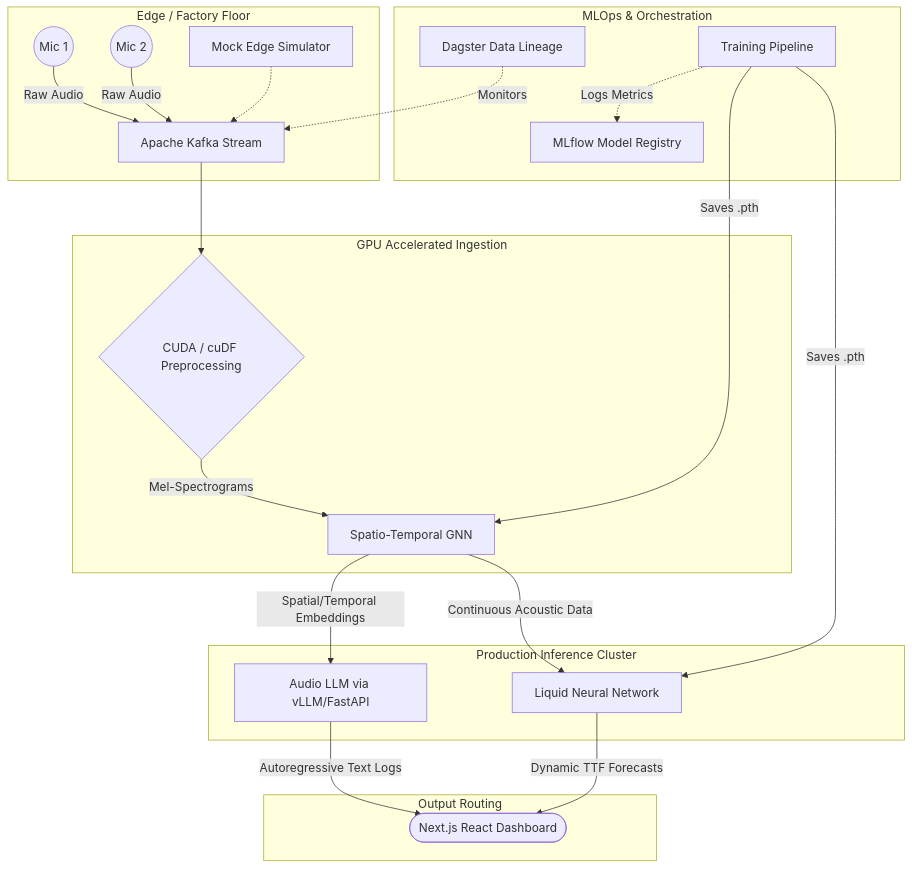
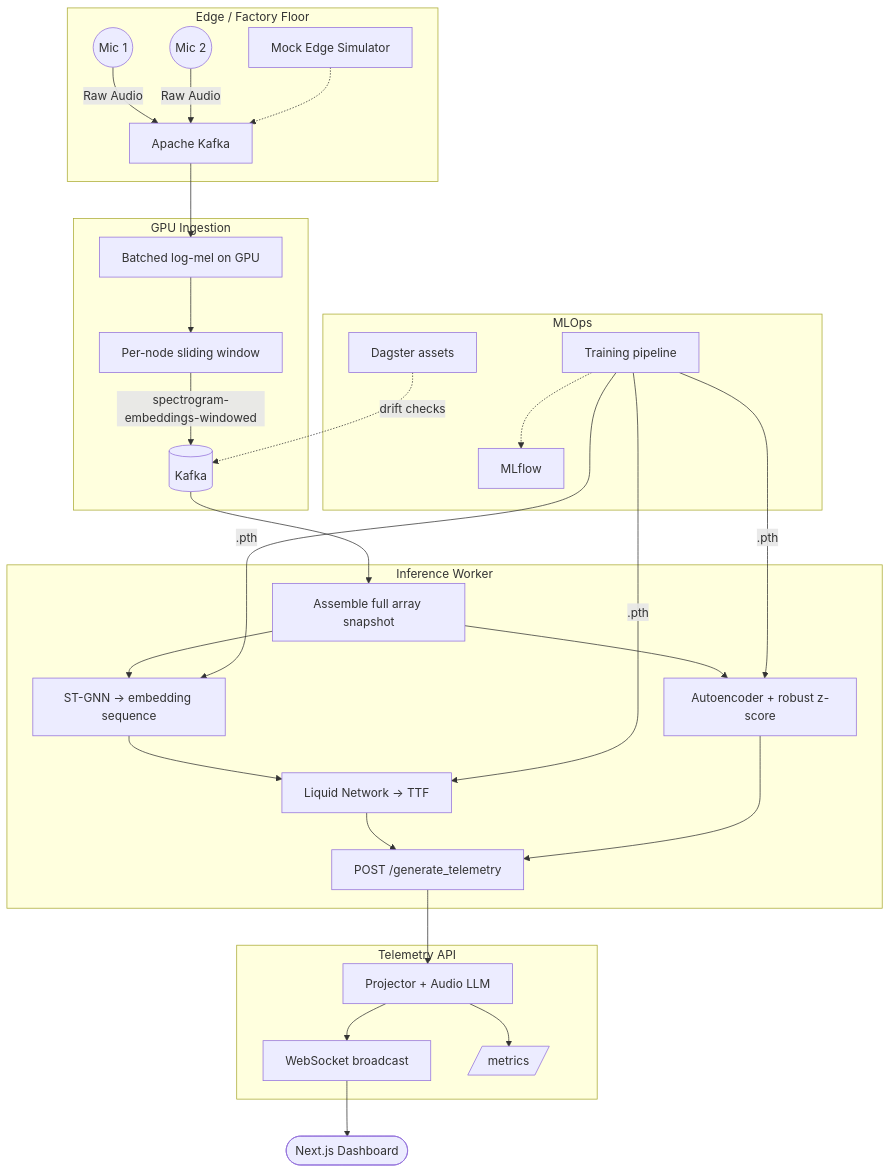
Before and after one commit to smparc/murmur: the diagram in README.md, drawn with Mermaid. The commit also changed other lines of this file, not shown here.

Commit message:
Refactor README.md for clarity and organization: update project description, enhance architecture diagram, and improve installation instructions

````diff
--- a/README.md
+++ b/README.md
@@ -24,34 +20,39 @@
 ```mermaid
 graph TD
-    subgraph Edge / Factory Floor
-        M1((Mic 1)) --> |Raw Audio| K[Apache Kafka Stream]
-        M2((Mic 2)) --> |Raw Audio| K
-        Sim[Mock Edge Simulator] -.-> K
-    end
+    subgraph Edge["Edge / Factory Floor"]
+        M1((Mic 1)) -->|Raw Audio| K[Apache Kafka]
+        M2((Mic 2)) -->|Raw Audio| K
+        Sim[Mock Edge Simulator] -.-> K
+    end
 
+    subgraph Ingest["GPU Ingestion"]
+        K --> C[Batched log-mel on GPU]
+        C --> W[Per-node sliding window]
+        W -->|spectrogram-embeddings-windowed| KT[(Kafka)]
+    end
 
-    subgraph GPU Accelerated Ingestion
-        K --> C{CUDA / cuDF Preprocessing}
-        C --> |Mel-Spectrograms| ST[Spatio-Temporal GNN]
-    end
+    subgraph Worker["Inference Worker"]
+        KT --> A[Assemble full array snapshot]
+        A --> ST[ST-GNN → embedding sequence]
+        ST --> LNN[Liquid Network → TTF]
+        A --> AD[Autoencoder + robust z-score]
+        LNN --> POST[POST /generate_telemetry]
+        AD --> POST
+    end
 
+    subgraph Serve["Telemetry API"]
+        POST --> LLM[Projector + Audio LLM]
+        LLM --> WS[WebSocket broadcast]
+        LLM --> PM[/metrics/]
+    end
 
-    subgraph Production Inference Cluster
-        ST --> |Spatial/Temporal Embeddings| LLM[Audio LLM via vLLM/FastAPI]
-        ST --> |Continuous Acoustic Data| LNN[Liquid Neural Network]
-    end
+    WS --> UI([Next.js Dashboard])
 
-
-    subgraph MLOps & Orchestration
-        Dagster[Dagster Data Lineage] -.-> |Monitors| K
-        Train[Training Pipeline] --> |Saves .pth| ST
-        Train --> |Saves .pth| LNN
-        Train -.-> |Logs Metrics| MLflow[MLflow Model Registry]
-    end
-
-
-    subgraph Output Routing
-        LLM --> |Autoregressive Text Logs| UI([Next.js React Dashboard])
-        LNN --> |Dynamic TTF Forecasts| UI
-    end
+    subgraph Ops["MLOps"]
+        Dagster[Dagster assets] -.->|drift checks| KT
+        Train[Training pipeline] -->|.pth| ST
+        Train -->|.pth| LNN
+        Train -->|.pth| AD
+        Train -.-> MLflow[MLflow]
+    end
 ```
````
